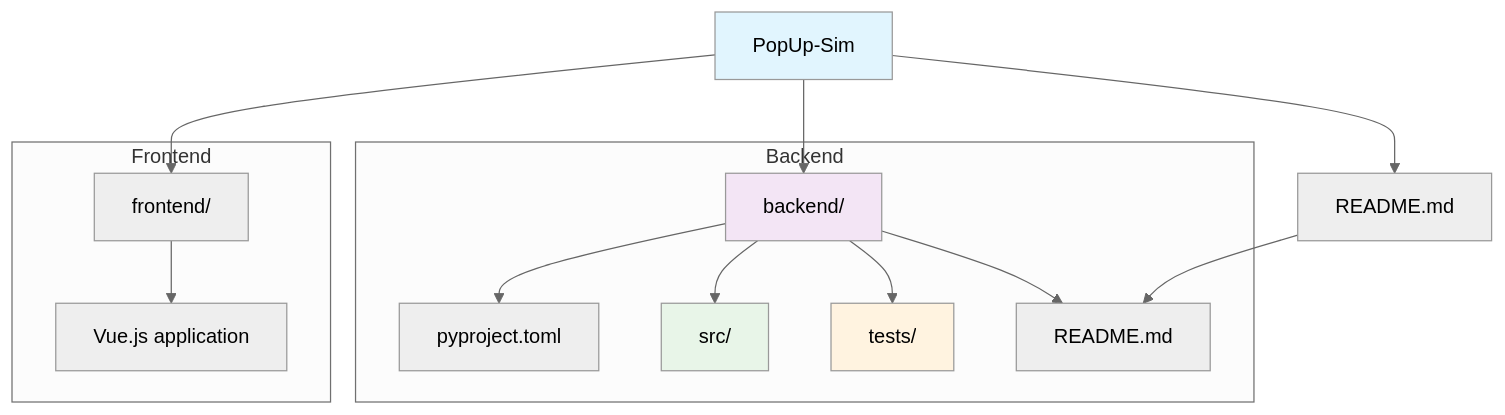
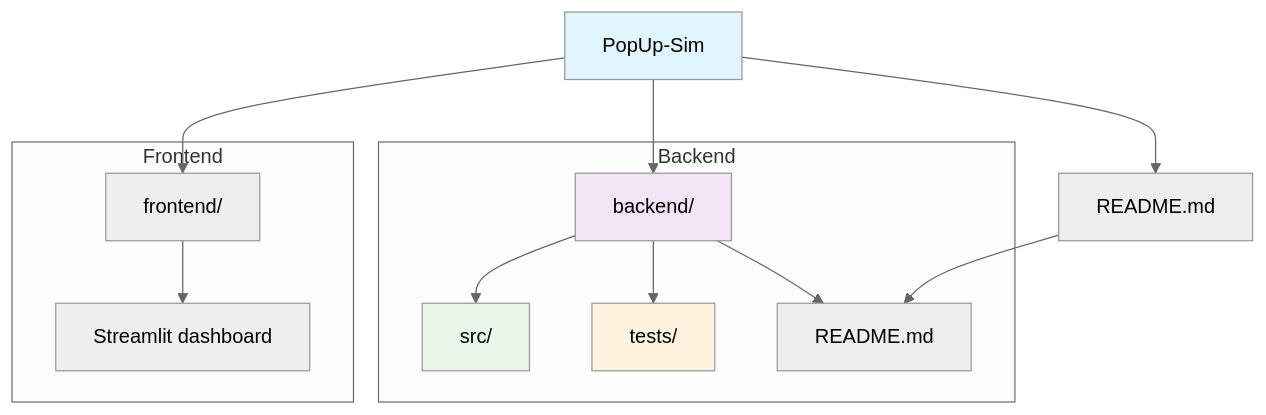
Before and after one commit to OpenRailAssociation/dac-migration-dss-popupsim: the diagram in popupsim/backend/README.md, drawn with Mermaid (neutral theme). The commit also changed other lines of this file and 73 other files, not shown here.

````diff
--- a/popupsim/backend/README.md
+++ b/popupsim/backend/README.md
@@ -112,25 +112,24 @@
 ```mermaid
 graph TD
     A[PopUp-Sim] --> B[backend/]
     A --> C[frontend/]
     A --> E[README.md]
 
     subgraph Backend
-        B --> D[pyproject.toml]
         B --> F[src/]
         B --> G[tests/]
         B --> I[README.md]
     end
 
     subgraph Frontend
-        C --> J[Vue.js application]
+        C --> J[Streamlit dashboard]
     end
 
     E --> I
 
     style A fill:#e1f5fe
     style B fill:#f3e5f5
     style F fill:#e8f5e8
     style G fill:#fff3e0
 
 ```
````
